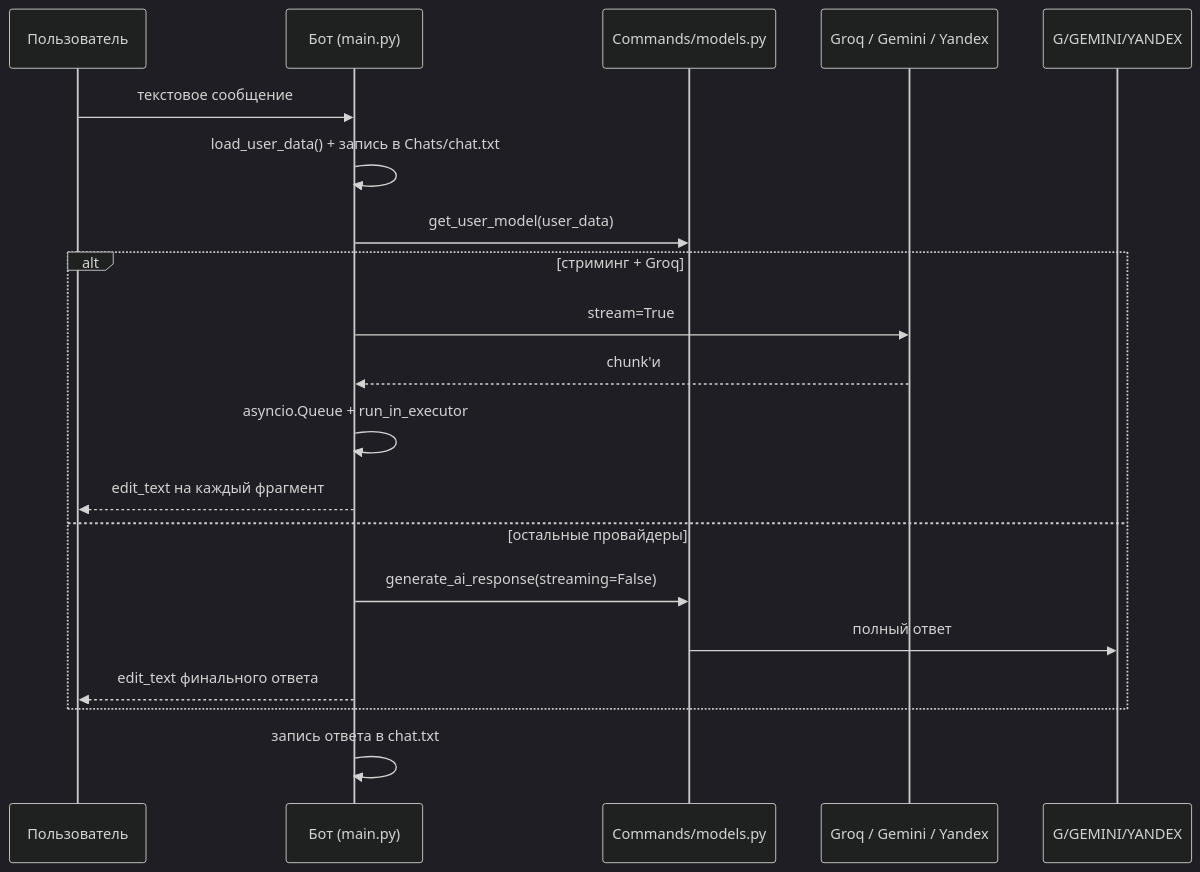
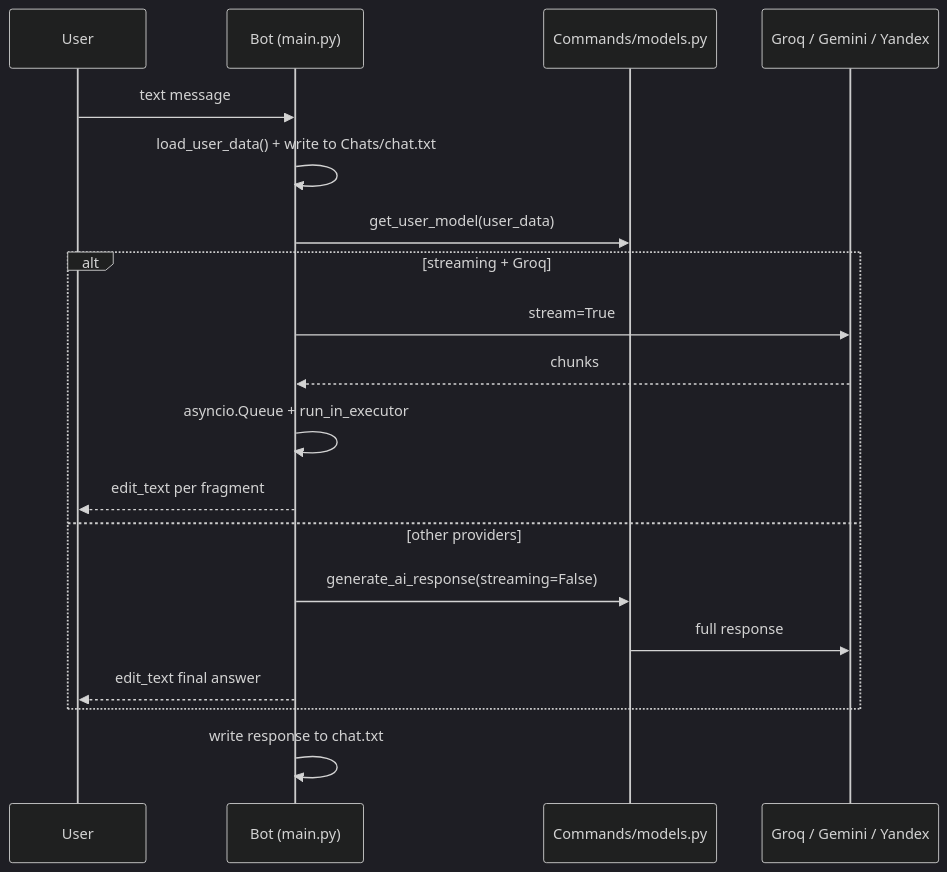
The second of 3 diagrams in docs/ARCHITECTURE.md (pavelrakcheev/APAS-Telegram-Bot), drawn with Mermaid (dark theme) before and after one commit. The commit also changed other lines of this file and 8 other files, not shown here.

````diff
--- a/docs/ARCHITECTURE.md
+++ b/docs/ARCHITECTURE.md
@@ -71,21 +83,21 @@
 ```mermaid
 sequenceDiagram
-    participant U as Пользователь
-    participant B as Бот (main.py)
+    participant U as User
+    participant B as Bot (main.py)
     participant M as Commands/models.py
     participant G as Groq / Gemini / Yandex
-    U->>B: текстовое сообщение
-    B->>B: load_user_data() + запись в Chats/chat.txt
+    U->>B: text message
+    B->>B: load_user_data() + write to Chats/chat.txt
     B->>M: get_user_model(user_data)
-    alt стриминг + Groq
+    alt streaming + Groq
         B->>G: stream=True
-        G-->>B: chunk'и
+        G-->>B: chunks
         B->>B: asyncio.Queue + run_in_executor
-        B-->>U: edit_text на каждый фрагмент
-    else остальные провайдеры
+        B-->>U: edit_text per fragment
+    else other providers
         B->>M: generate_ai_response(streaming=False)
-        M->>G/GEMINI/YANDEX: полный ответ
-        B-->>U: edit_text финального ответа
+        M->>G: full response
+        B-->>U: edit_text final answer
     end
-    B->>B: запись ответа в chat.txt
+    B->>B: write response to chat.txt
 ```
````
